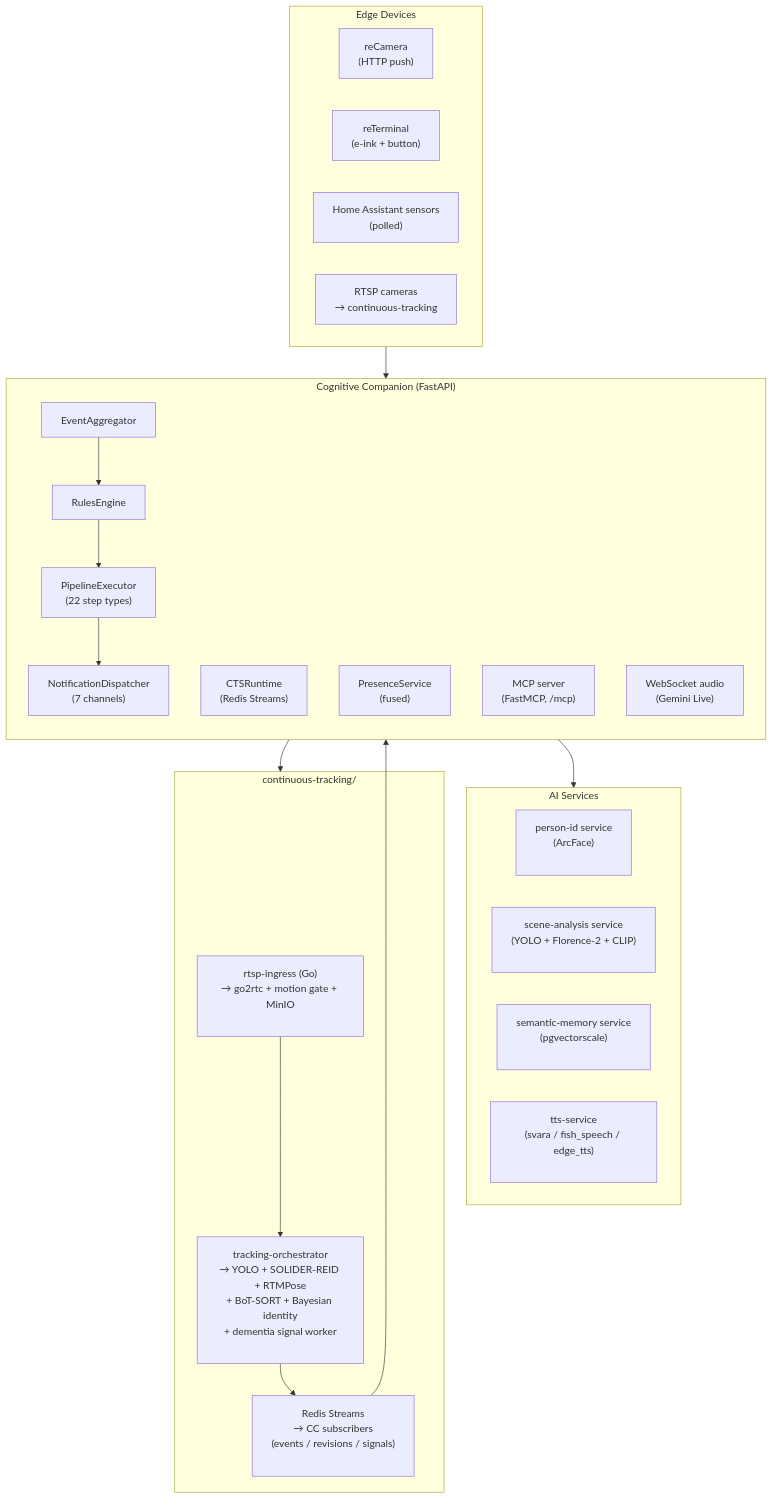
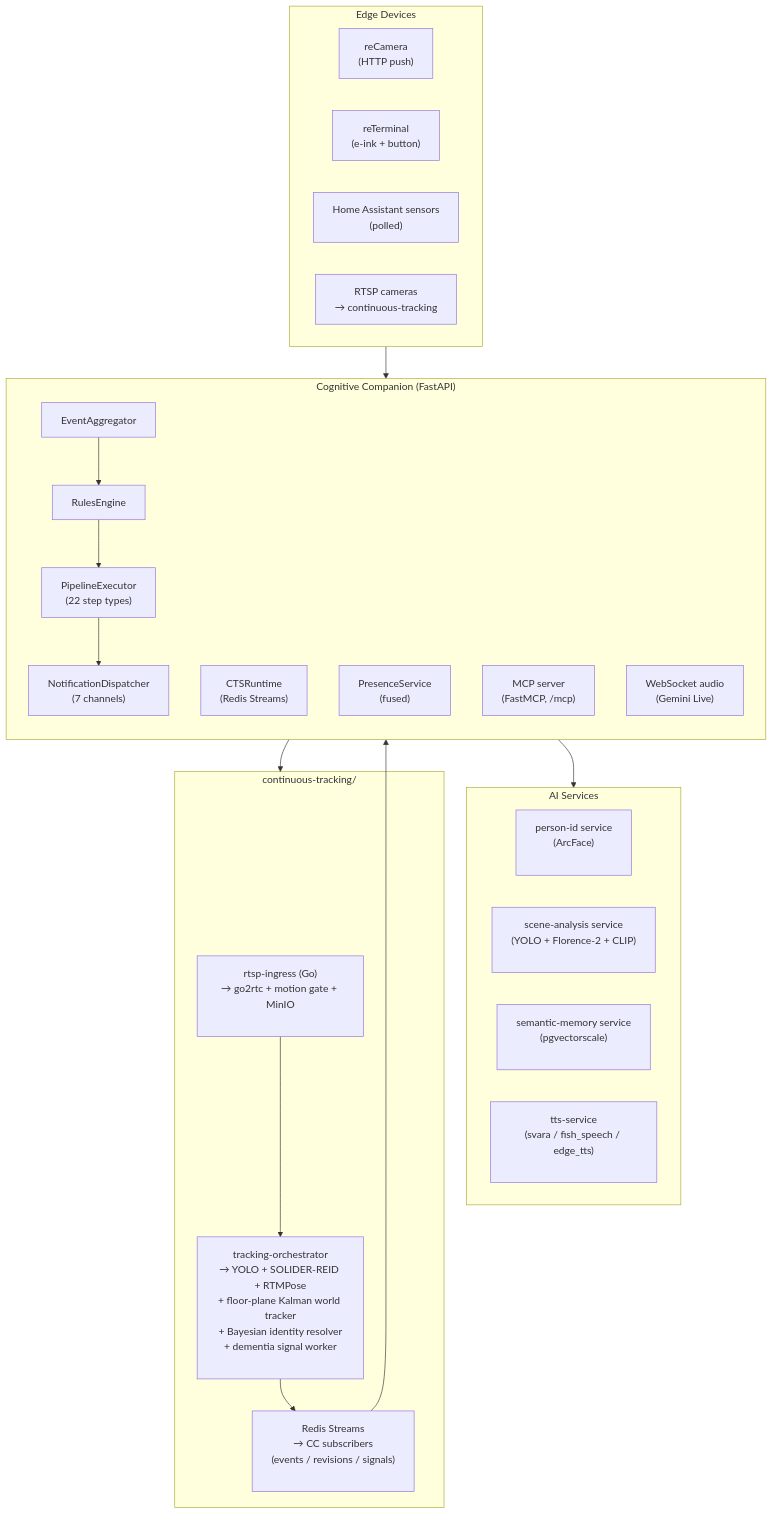
One commit to SilverMind-Project/SilverMind-Project.github.io changed the diagram in docs/guide/introduction.md. Above: the diagram before and after it, drawn with Mermaid. The commit also changed other lines of this file and 4 other files, not shown here.

````diff
--- a/docs/guide/introduction.md
+++ b/docs/guide/introduction.md
@@ -26,41 +26,41 @@
 ```mermaid
 flowchart TB
     subgraph Edge["Edge Devices"]
         reCamera["reCamera<br/>(HTTP push)"]
         reTerminal["reTerminal<br/>(e-ink + button)"]
         HA["Home Assistant sensors<br/>(polled)"]
         RTSP["RTSP cameras<br/>→ continuous-tracking"]
     end
 
     subgraph CC["Cognitive Companion (FastAPI)"]
         direction TB
         Aggregator["EventAggregator"]
         RulesEngine["RulesEngine"]
         Executor["PipelineExecutor<br/>(22 step types)"]
         Dispatcher["NotificationDispatcher<br/>(7 channels)"]
         CTS["CTSRuntime<br/>(Redis Streams)"]
         Presence["PresenceService<br/>(fused)"]
         MCP["MCP server<br/>(FastMCP, /mcp)"]
         WS["WebSocket audio<br/>(Gemini Live)"]
         Aggregator --> RulesEngine --> Executor --> Dispatcher
     end
 
     subgraph Services["AI Services"]
         PersonID["person-id service<br/>(ArcFace)<br/>&nbsp;"]
         SceneAnalysis["scene-analysis service<br/>(YOLO + Florence-2 + CLIP)<br/>&nbsp;"]
         SemanticMemory["semantic-memory service<br/>(pgvectorscale)<br/>&nbsp;"]
         TTS["tts-service<br/>(svara / fish_speech / edge_tts)<br/>&nbsp;"]
     end
 
     subgraph CTS_["continuous-tracking/"]
         Ingress["rtsp-ingress (Go)<br/>→ go2rtc + motion gate + MinIO<br/>&nbsp;"]
-        Orchestrator["tracking-orchestrator<br/>→ YOLO + SOLIDER-REID + RTMPose<br/>+ BoT-SORT + Bayesian identity<br/>+ dementia signal worker<br/>&nbsp;"]
+        Orchestrator["tracking-orchestrator<br/>→ YOLO + SOLIDER-REID + RTMPose<br/>+ floor-plane Kalman world tracker<br/>+ Bayesian identity resolver<br/>+ dementia signal worker<br/>&nbsp;"]
         Redis["Redis Streams<br/>→ CC subscribers<br/>(events / revisions / signals)<br/>&nbsp;"]
         Ingress --> Orchestrator --> Redis
     end
 
     Edge --> CC
     CC --> Services
     CC --> CTS_
     Redis --> CC
 ```
````
